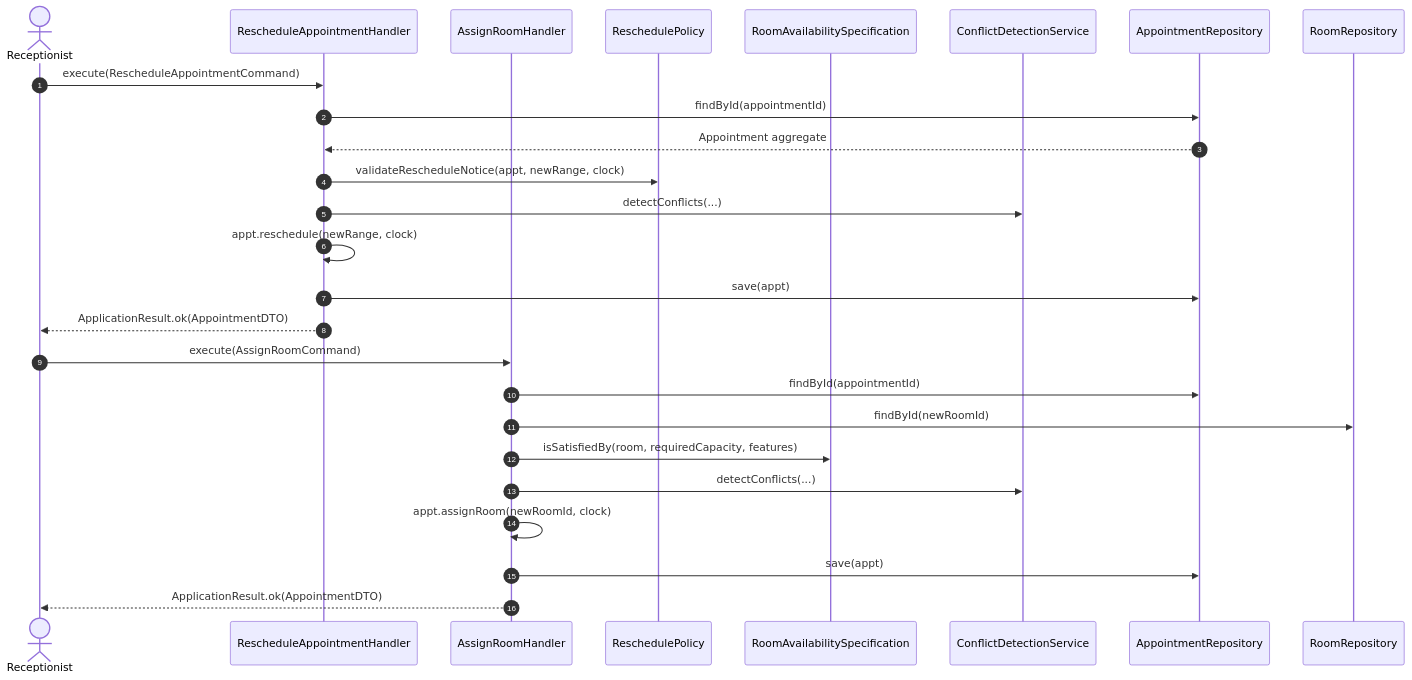
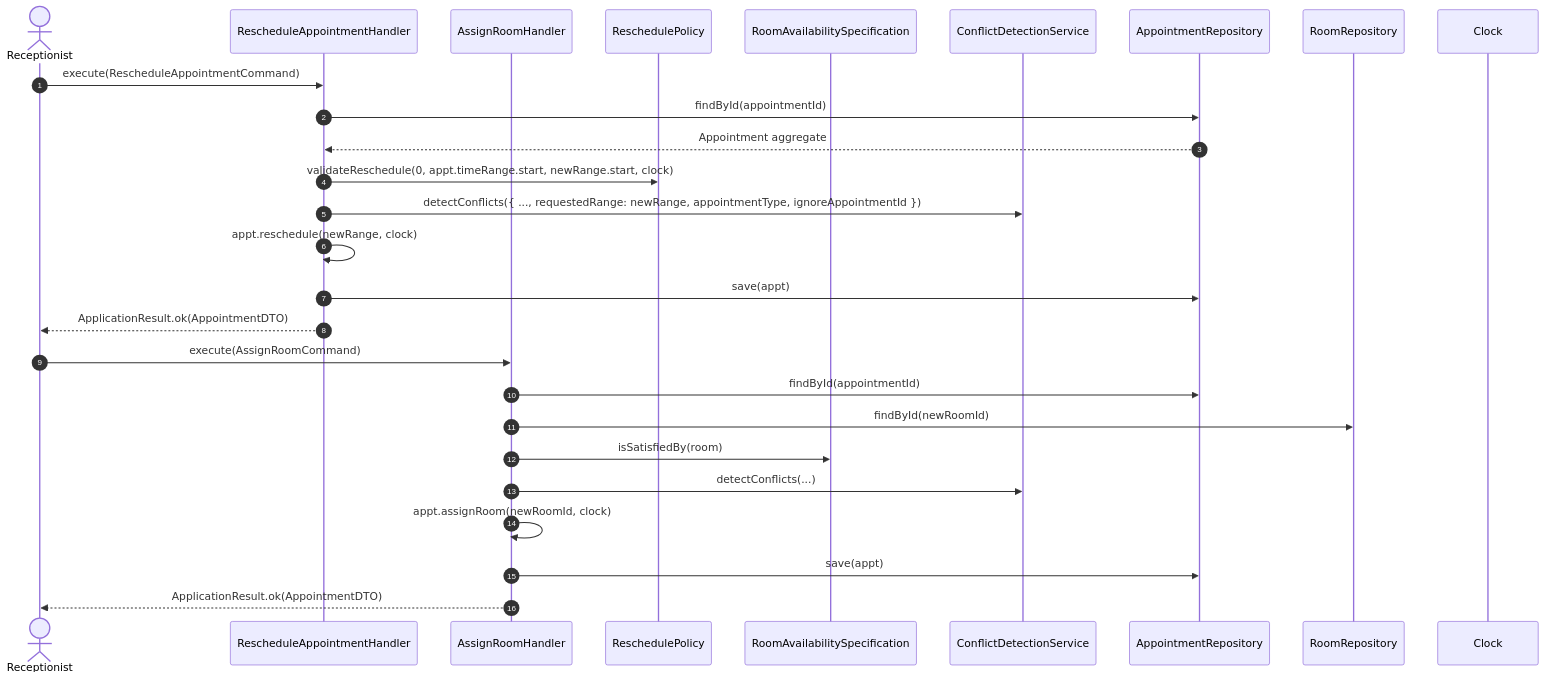
The third of 3 diagrams in docs/scheduling/sequence-diagrams.md (izzydin/kinergy-platform), drawn with Mermaid before and after one commit. The commit also changed other lines of this file and 9 other files, not shown here.

````diff
--- a/docs/scheduling/sequence-diagrams.md
+++ b/docs/scheduling/sequence-diagrams.md
@@ -80,30 +93,31 @@
 ```mermaid
 sequenceDiagram
     autonumber
     actor Receptionist
     participant RescheduleH as RescheduleAppointmentHandler
     participant AssignRoomH as AssignRoomHandler
     participant Policy as ReschedulePolicy
     participant RoomSpec as RoomAvailabilitySpecification
     participant ConflictService as ConflictDetectionService
     participant ApptRepo as AppointmentRepository
     participant RoomRepo as RoomRepository
+    participant Clock as Clock
 
     Receptionist->>RescheduleH: execute(RescheduleAppointmentCommand)
     RescheduleH->>ApptRepo: findById(appointmentId)
     ApptRepo-->>RescheduleH: Appointment aggregate
-    RescheduleH->>Policy: validateRescheduleNotice(appt, newRange, clock)
-    RescheduleH->>ConflictService: detectConflicts(...)
+    RescheduleH->>Policy: validateReschedule(0, appt.timeRange.start, newRange.start, clock)
+    RescheduleH->>ConflictService: detectConflicts({ ..., requestedRange: newRange, appointmentType, ignoreAppointmentId })
     RescheduleH->>RescheduleH: appt.reschedule(newRange, clock)
     RescheduleH->>ApptRepo: save(appt)
     RescheduleH-->>Receptionist: ApplicationResult.ok(AppointmentDTO)
 
     Receptionist->>AssignRoomH: execute(AssignRoomCommand)
     AssignRoomH->>ApptRepo: findById(appointmentId)
     AssignRoomH->>RoomRepo: findById(newRoomId)
-    AssignRoomH->>RoomSpec: isSatisfiedBy(room, requiredCapacity, features)
+    AssignRoomH->>RoomSpec: isSatisfiedBy(room)
     AssignRoomH->>ConflictService: detectConflicts(...)
     AssignRoomH->>AssignRoomH: appt.assignRoom(newRoomId, clock)
     AssignRoomH->>ApptRepo: save(appt)
     AssignRoomH-->>Receptionist: ApplicationResult.ok(AppointmentDTO)
 ```
````
